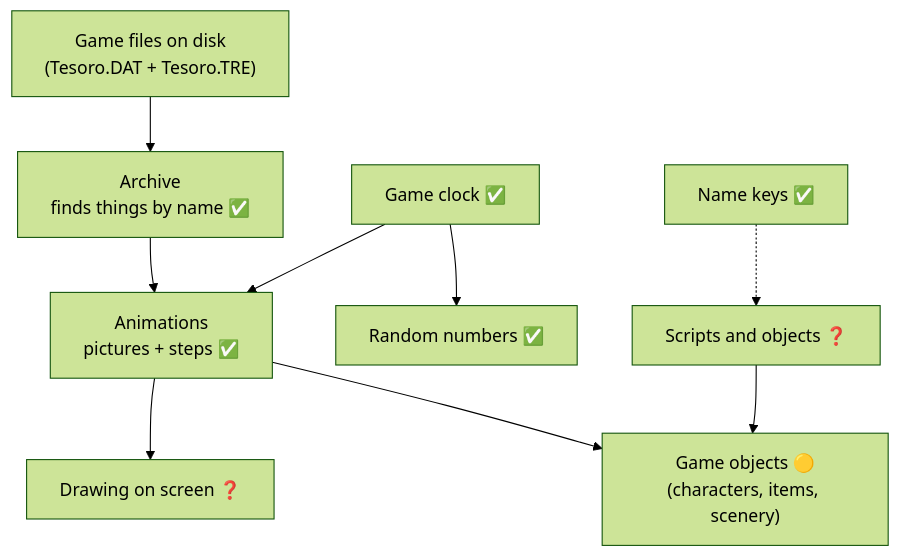
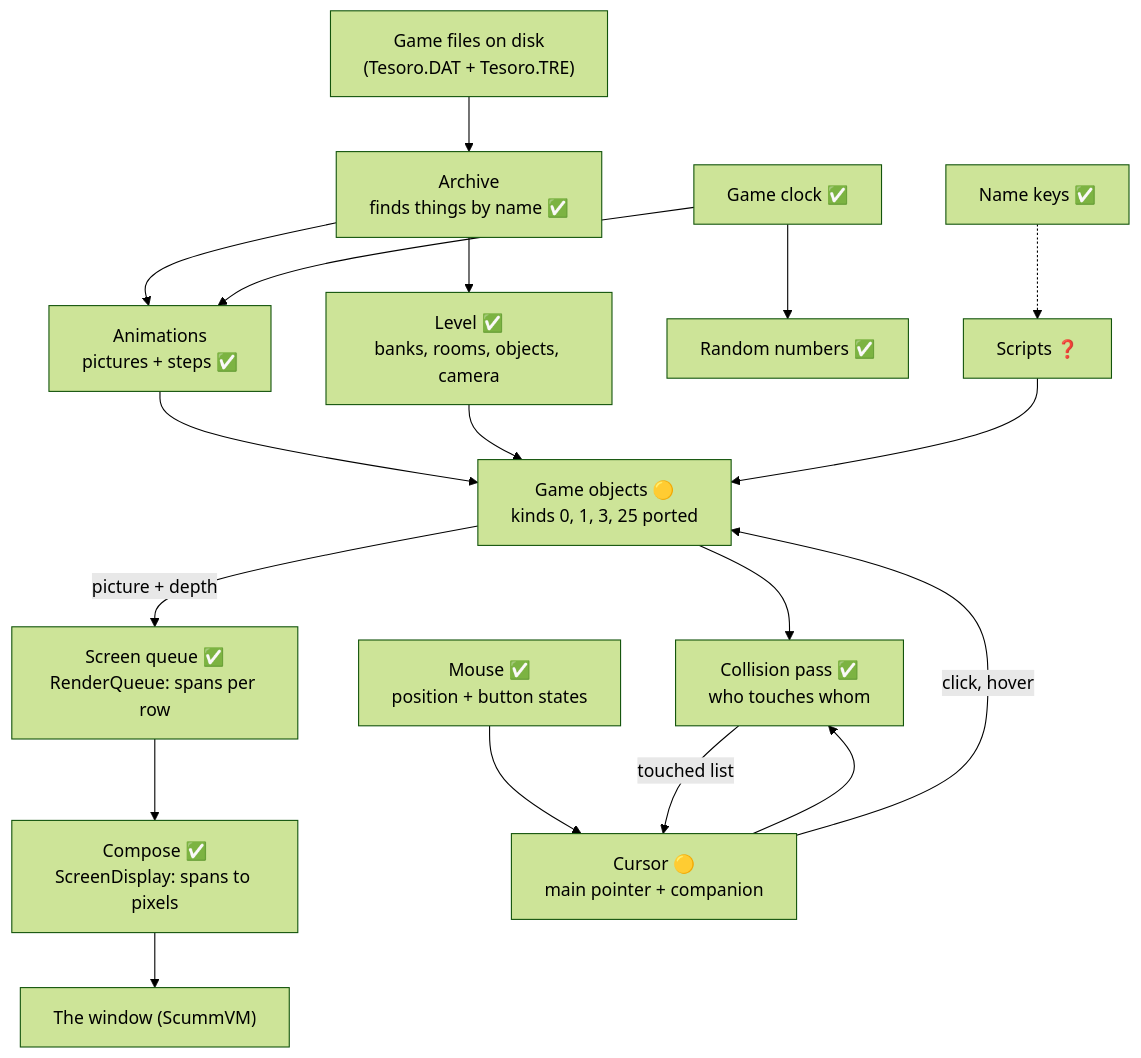
One commit to kelmer44/tesoro-stuff changed the first of 8 diagrams in re/SUBSYSTEMS.md. Above: the diagram before and after it, drawn with Mermaid (forest theme). The commit also changed other lines of this file and 26 other files, not shown here.

````diff
--- a/re/SUBSYSTEMS.md
+++ b/re/SUBSYSTEMS.md
@@ -17,11 +17,20 @@
 ```mermaid
 flowchart TD
     Disk["Game files on disk<br/>(Tesoro.DAT + Tesoro.TRE)"] --> Archive["Archive<br/>finds things by name ✅"]
     Archive --> Anim["Animations<br/>pictures + steps ✅"]
+    Archive --> Level["Level ✅<br/>banks, rooms, objects, camera"]
     Clock["Game clock ✅"] --> Anim
-    Anim --> Screen["Drawing on screen ❓"]
+    Anim --> Objects["Game objects 🟡<br/>kinds 0, 1, 3, 25 ported"]
+    Level --> Objects
+    Objects -->|"picture + depth"| Queue["Screen queue ✅<br/>RenderQueue: spans per row"]
+    Queue --> Compose["Compose ✅<br/>ScreenDisplay: spans to pixels"]
+    Compose --> Window["The window (ScummVM)"]
+    Mouse["Mouse ✅<br/>position + button states"] --> Cursor["Cursor 🟡<br/>main pointer + companion"]
+    Cursor --> Collide["Collision pass ✅<br/>who touches whom"]
+    Objects --> Collide
+    Collide -->|"touched list"| Cursor
+    Cursor -->|"click, hover"| Objects
     Clock --> Random["Random numbers ✅"]
-    Names["Name keys ✅"] -.-> Scripts["Scripts and objects ❓"]
-    Anim --> Objects["Game objects 🟡<br/>(characters, items, scenery)"]
+    Names["Name keys ✅"] -.-> Scripts["Scripts ❓"]
     Scripts --> Objects
 ```
````
